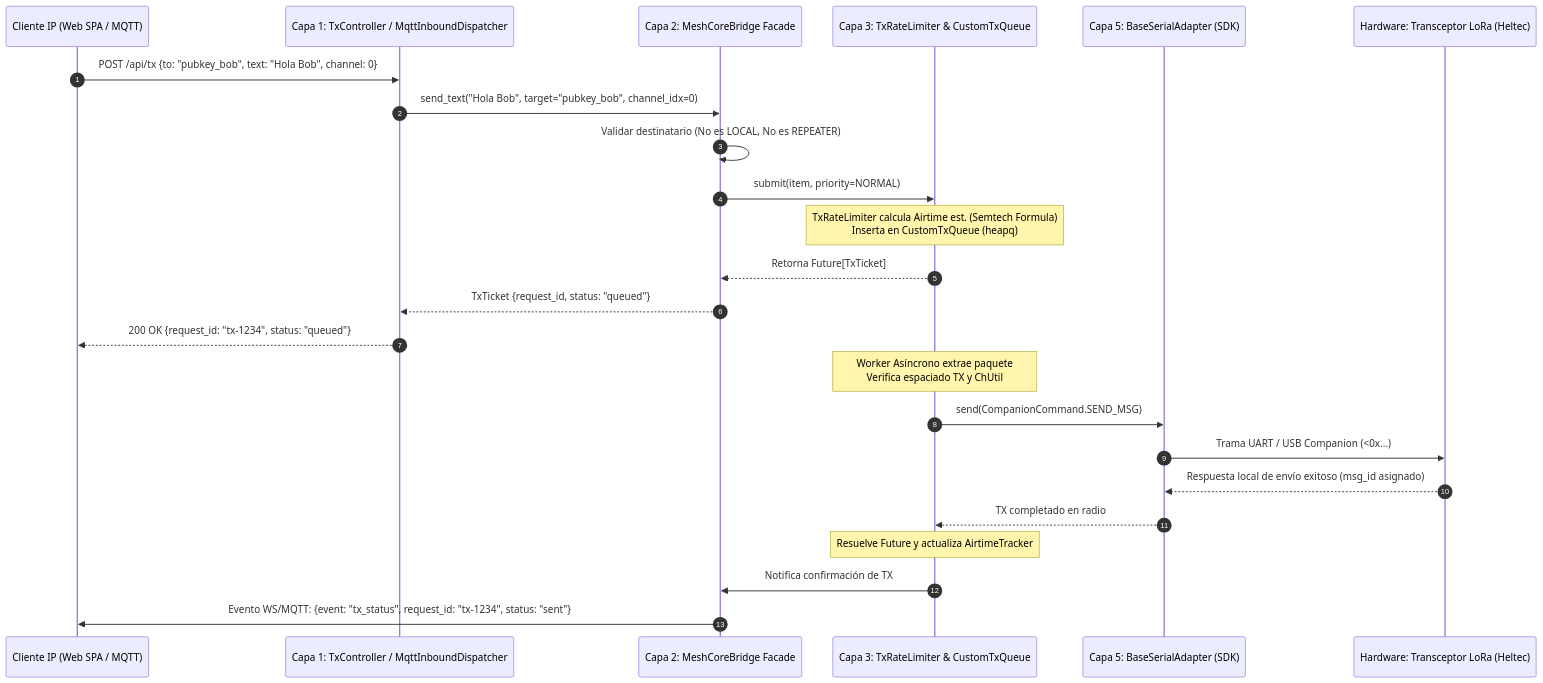
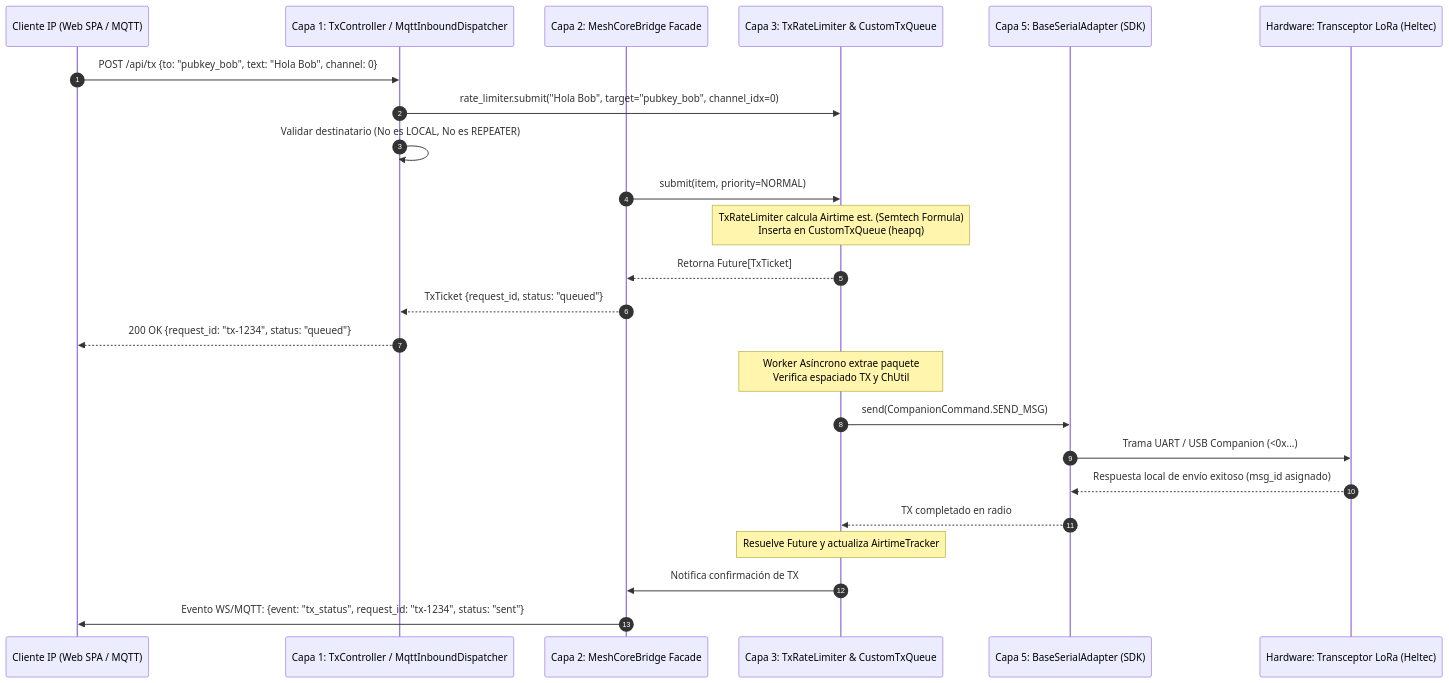
Before and after one commit to cyber89/meshcore-bridge-client: the second of 3 diagrams in docs/SYSTEM_LAYERS_MANUAL.md, drawn with Mermaid. The commit also changed other lines of this file and 62 other files, not shown here.

````diff
--- a/docs/SYSTEM_LAYERS_MANUAL.md
+++ b/docs/SYSTEM_LAYERS_MANUAL.md
@@ -326,28 +326,28 @@
 ```mermaid
 sequenceDiagram
     autonumber
     participant Client as Cliente IP (Web SPA / MQTT)
     participant C1 as Capa 1: TxController / MqttInboundDispatcher
     participant C2 as Capa 2: MeshCoreBridge Facade
     participant C3 as Capa 3: TxRateLimiter & CustomTxQueue
     participant C5 as Capa 5: BaseSerialAdapter (SDK)
     participant HW as Hardware: Transceptor LoRa (Heltec)
 
     Client->>C1: POST /api/tx {to: "pubkey_bob", text: "Hola Bob", channel: 0}
-    C1->>C2: send_text("Hola Bob", target="pubkey_bob", channel_idx=0)
-    C2->>C2: Validar destinatario (No es LOCAL, No es REPEATER)
+    C1->>C3: rate_limiter.submit("Hola Bob", target="pubkey_bob", channel_idx=0)
+    C1->>C1: Validar destinatario (No es LOCAL, No es REPEATER)
     C2->>C3: submit(item, priority=NORMAL)
     Note over C3: TxRateLimiter calcula Airtime est. (Semtech Formula)<br/>Inserta en CustomTxQueue (heapq)
     C3-->>C2: Retorna Future[TxTicket]
     C2-->>C1: TxTicket {request_id, status: "queued"}
     C1-->>Client: 200 OK {request_id: "tx-1234", status: "queued"}
 
     Note over C3: Worker Asíncrono extrae paquete<br/>Verifica espaciado TX y ChUtil
     C3->>C5: send(CompanionCommand.SEND_MSG)
     C5->>HW: Trama UART / USB Companion (<0x...)
     HW-->>C5: Respuesta local de envío exitoso (msg_id asignado)
     C5-->>C3: TX completado en radio
     Note over C3: Resuelve Future y actualiza AirtimeTracker
     C3->>C2: Notifica confirmación de TX
     C2->>Client: Evento WS/MQTT: {event: "tx_status", request_id: "tx-1234", status: "sent"}
 ```
````
